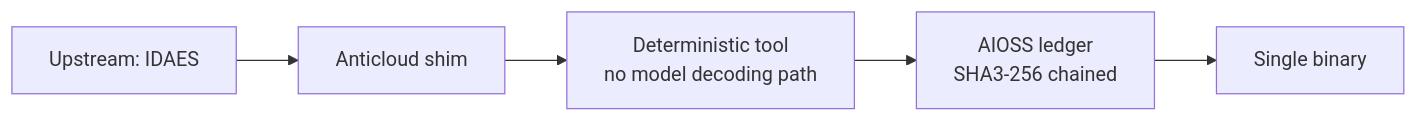
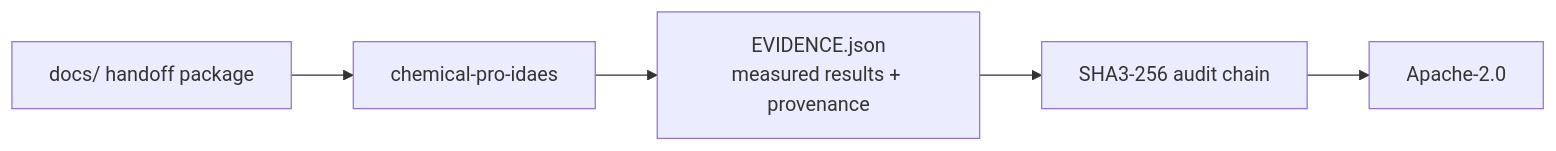
The diagram in README.md (the-anticloud/chemical-pro-idaes), drawn with Mermaid before and after one commit. The commit also changed other lines of this file and 7 other files, not shown here.

````diff
--- a/README.md
+++ b/README.md
@@ -11,7 +22,7 @@
 ```mermaid
 graph LR
-    U[Upstream: IDAES] --> S[Anticloud shim]
-    S --> T[Deterministic tool<br/>no model decoding path]
-    T --> A[AIOSS ledger<br/>SHA3-256 chained]
-    A --> B[Single binary]
+    D[docs/ handoff package] --> R[chemical-pro-idaes]
+    R --> E[EVIDENCE.json\nmeasured results + provenance]
+    E --> A[SHA3-256 audit chain]
+    A --> L[Apache-2.0]
 ```
````
